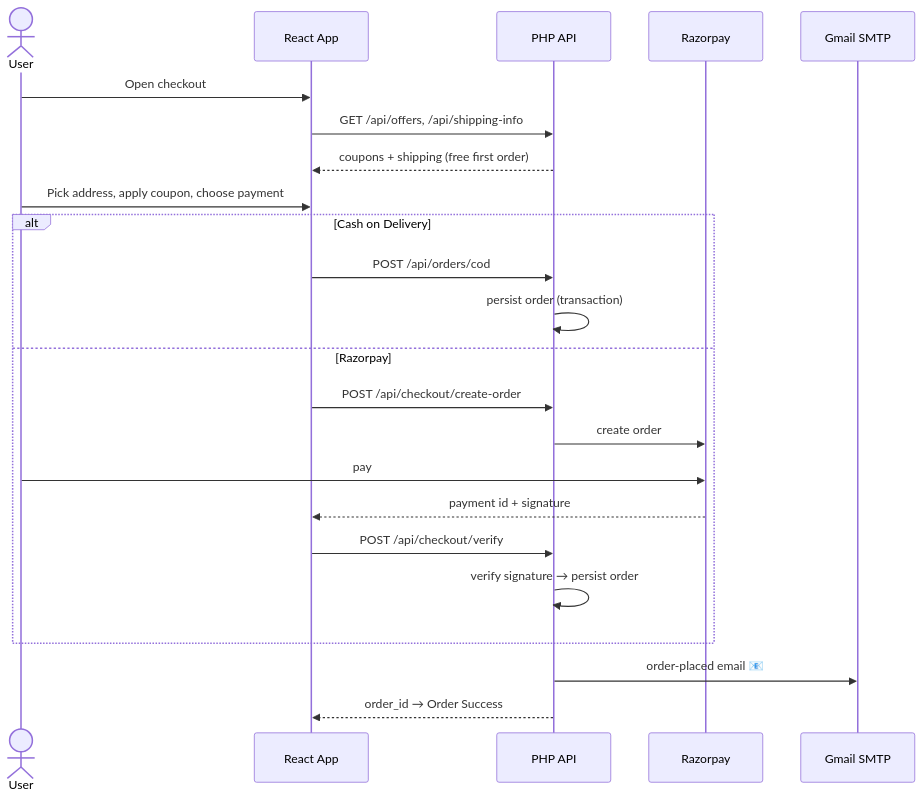
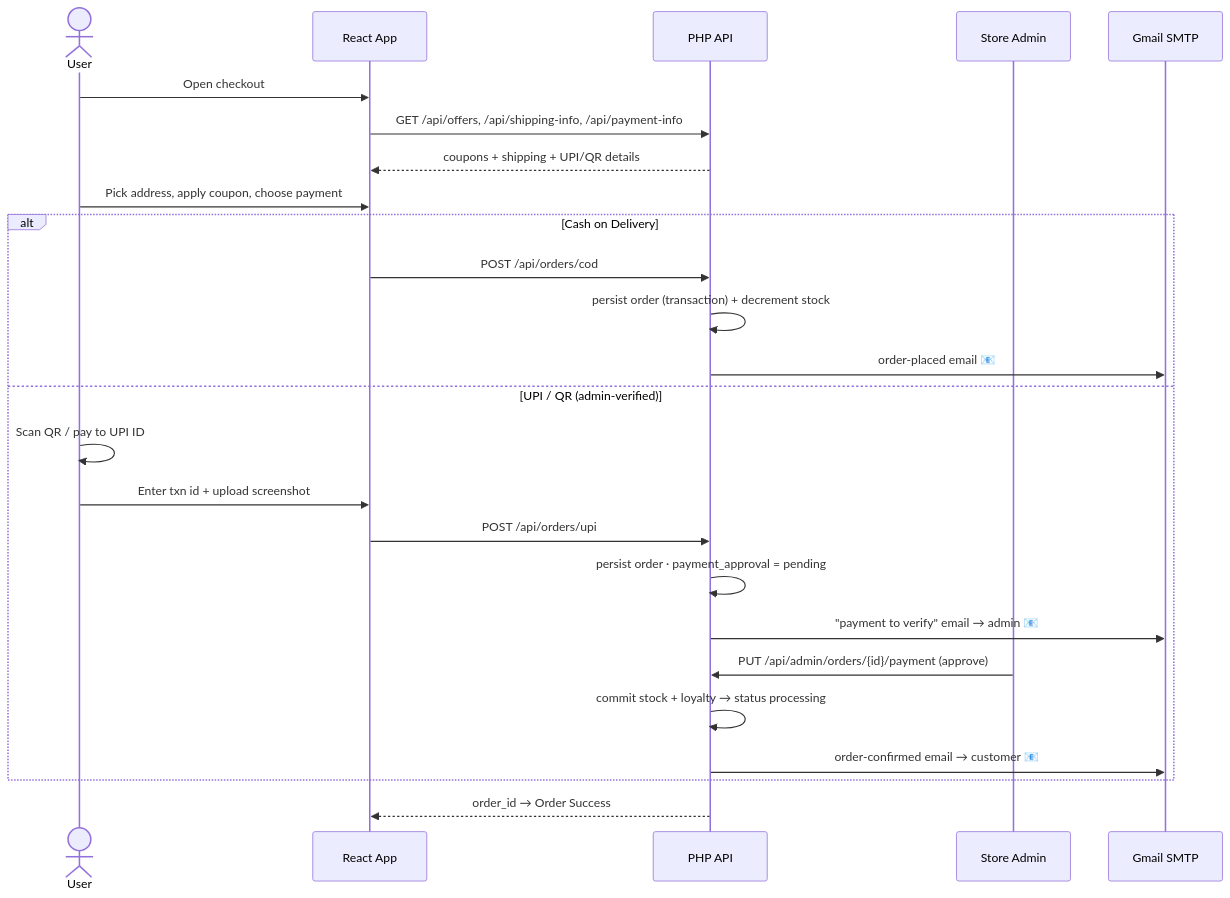
One commit to anantha-ctrl/Cloud_Fashion changed the fifth of 5 diagrams in README.md. Above: the diagram before and after it, drawn with Mermaid. The commit also changed other lines of this file and 32 other files, not shown here.

````diff
--- a/README.md
+++ b/README.md
@@ -414,28 +424,30 @@
 ```mermaid
 sequenceDiagram
     actor U as User
     participant FE as React App
     participant API as PHP API
-    participant RZP as Razorpay
+    participant Admin as Store Admin
     participant SMTP as Gmail SMTP
 
     U->>FE: Open checkout
-    FE->>API: GET /api/offers, /api/shipping-info
-    API-->>FE: coupons + shipping (free first order)
+    FE->>API: GET /api/offers, /api/shipping-info, /api/payment-info
+    API-->>FE: coupons + shipping + UPI/QR details
     U->>FE: Pick address, apply coupon, choose payment
 
     alt Cash on Delivery
         FE->>API: POST /api/orders/cod
-        API->>API: persist order (transaction)
-    else Razorpay
-        FE->>API: POST /api/checkout/create-order
-        API->>RZP: create order
-        U->>RZP: pay
-        RZP-->>FE: payment id + signature
-        FE->>API: POST /api/checkout/verify
-        API->>API: verify signature → persist order
+        API->>API: persist order (transaction) + decrement stock
+        API->>SMTP: order-placed email 📧
+    else UPI / QR (admin-verified)
+        U->>U: Scan QR / pay to UPI ID
+        U->>FE: Enter txn id + upload screenshot
+        FE->>API: POST /api/orders/upi
+        API->>API: persist order · payment_approval = pending
+        API->>SMTP: "payment to verify" email → admin 📧
+        Admin->>API: PUT /api/admin/orders/{id}/payment (approve)
+        API->>API: commit stock + loyalty → status processing
+        API->>SMTP: order-confirmed email → customer 📧
     end
 
-    API->>SMTP: order-placed email 📧
     API-->>FE: order_id → Order Success
 ```
````
